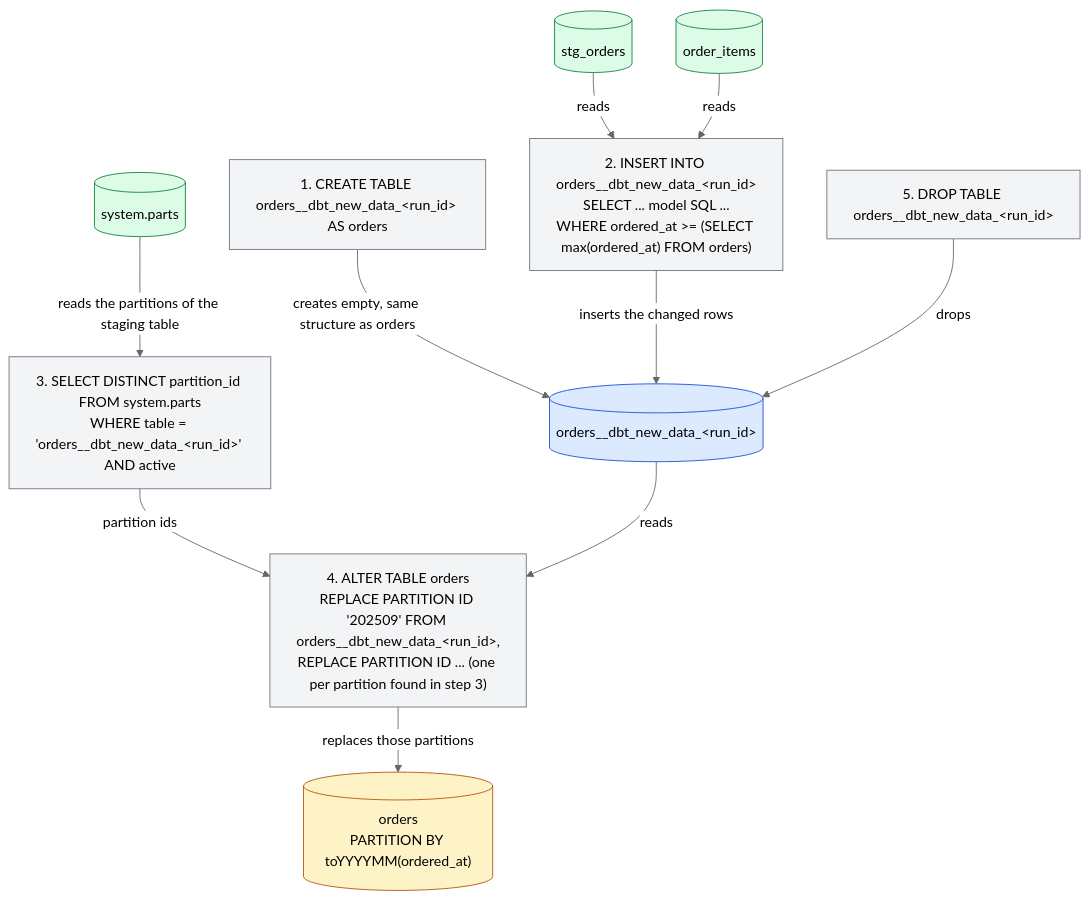
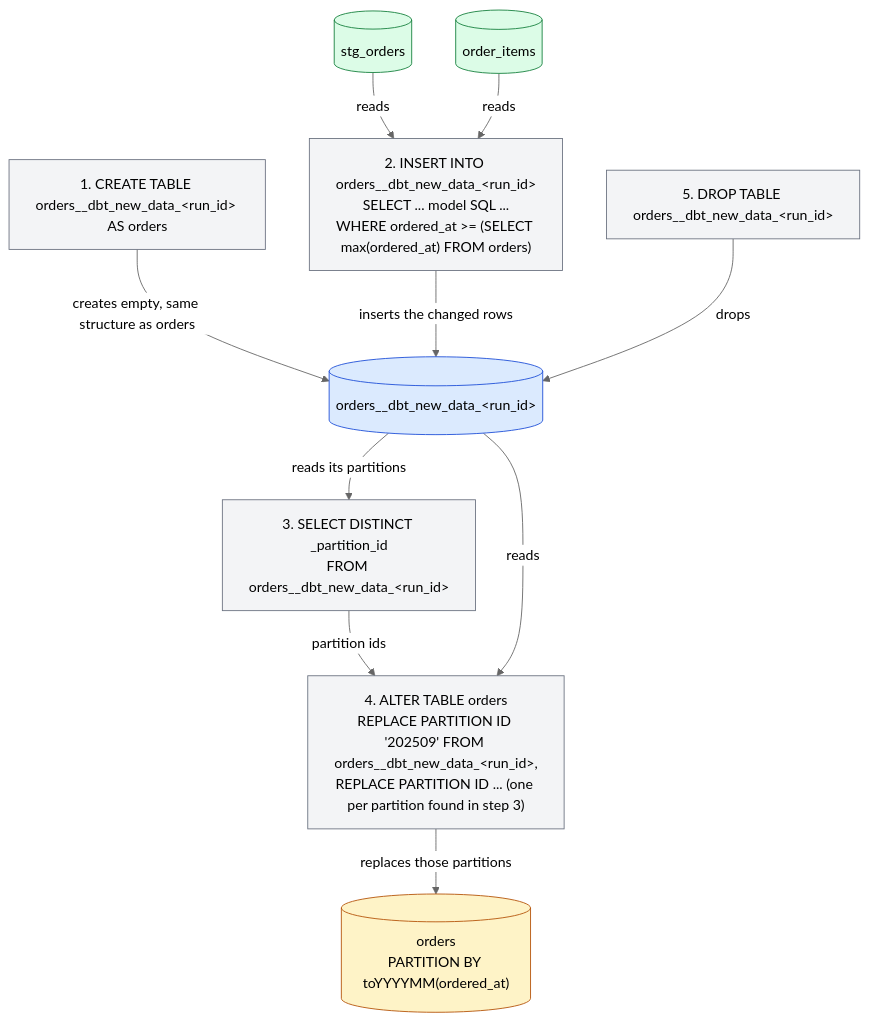
The third of 3 diagrams in docs/guides.mdx (ClickHouse/dbt-clickhouse), drawn with Mermaid (neutral theme) before and after one commit. The commit also changed other lines of this file and 3 other files, not shown here.

````diff
--- a/docs/guides.mdx
+++ b/docs/guides.mdx
@@ -568,30 +568,29 @@
 ```mermaid
 flowchart TB
     stg[("stg_orders")]
     items[("order_items")]
     orders[("orders<br/>PARTITION BY toYYYYMM(ordered_at)")]
     staging[("orders__dbt_new_data_#lt;run_id#gt;")]
-    parts[("system.parts")]
     q1["1. CREATE TABLE orders__dbt_new_data_#lt;run_id#gt; AS orders"]
     q2["2. INSERT INTO orders__dbt_new_data_#lt;run_id#gt;<br/>SELECT ... model SQL ...<br/>WHERE ordered_at >= (SELECT max(ordered_at) FROM orders)"]
-    q3["3. SELECT DISTINCT partition_id FROM system.parts<br/>WHERE table = 'orders__dbt_new_data_#lt;run_id#gt;' AND active"]
+    q3["3. SELECT DISTINCT _partition_id<br/>FROM orders__dbt_new_data_#lt;run_id#gt;"]
     q4["4. ALTER TABLE orders<br/>REPLACE PARTITION ID '202509' FROM orders__dbt_new_data_#lt;run_id#gt;,<br/>REPLACE PARTITION ID ... (one per partition found in step 3)"]
     q5["5. DROP TABLE orders__dbt_new_data_#lt;run_id#gt;"]
     q1 -->|creates empty, same structure as orders| staging
     stg -->|reads| q2
     items -->|reads| q2
     q2 -->|inserts the changed rows| staging
-    parts -->|reads the partitions of the staging table| q3
+    staging -->|reads its partitions| q3
     q3 -->|partition ids| q4
     staging -->|reads| q4
     q4 -->|replaces those partitions| orders
     q5 -->|drops| staging
     classDef temp fill:#dbeafe,stroke:#1d4ed8;
     classDef target fill:#fef3c7,stroke:#b45309;
     classDef source fill:#dcfce7,stroke:#15803d;
     classDef query fill:#f3f4f6,stroke:#6b7280;
     class staging temp;
     class orders target;
-    class stg,items,parts source;
+    class stg,items source;
     class q1,q2,q3,q4,q5 query;
 ```
````
